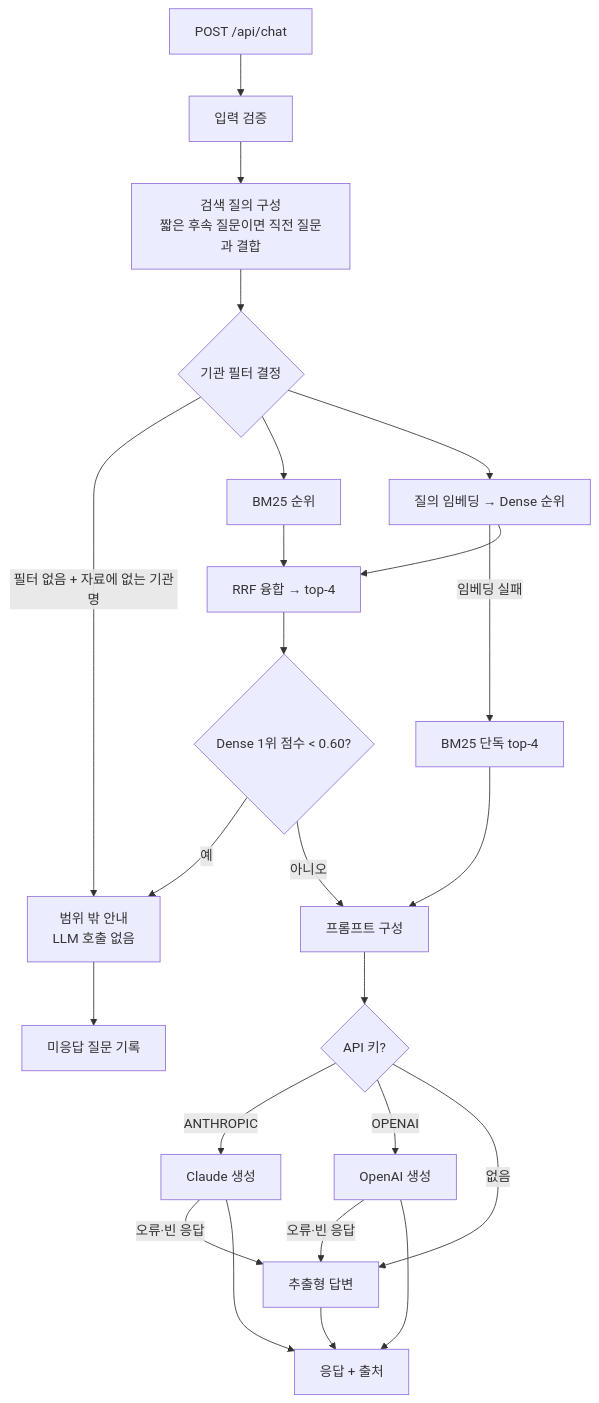
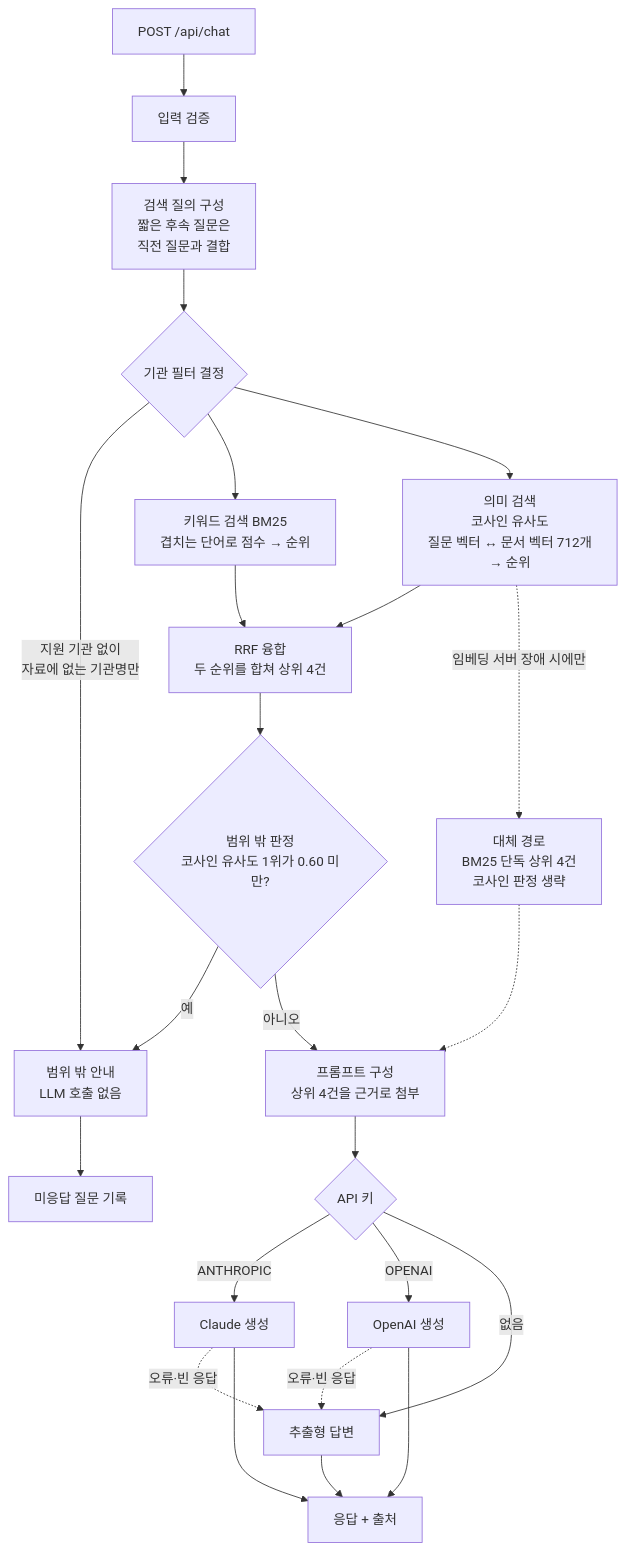
Before and after one commit to NACUFOK2/Airplane_dev: the second of 2 diagrams in docs/RAG_SPEC.md, drawn with Mermaid. The commit also changed other lines of this file, not shown here.

Commit message:
docs: 명세서 흐름도에서 의미 검색(코사인) 단계를 명확히 표시
- 'Dense' 표기를 '의미 검색 · 코사인 유사도'로 풀어 쓰고 범위 밖 판정도 코사인 기준임을 명시
- 평소 경로(실선)와 임베딩 장애 시 대체 경로(점선)를 분리해 BM25 만 쓰는 것처럼 보이던 문제 해결
- 3.4·3.5·3.7 절 제목에 검색 방식 이름 추가

````diff
--- a/docs/RAG_SPEC.md
+++ b/docs/RAG_SPEC.md
@@ -72,26 +72,26 @@
 ```mermaid
 flowchart TD
     A[POST /api/chat] --> B[입력 검증]
-    B --> C[검색 질의 구성<br/>짧은 후속 질문이면 직전 질문과 결합]
+    B --> C[검색 질의 구성<br/>짧은 후속 질문은<br/>직전 질문과 결합]
     C --> D{기관 필터 결정}
-    D -->|필터 없음 + 자료에 없는 기관명| X[범위 밖 안내<br/>LLM 호출 없음]
-    D --> E[BM25 순위]
-    D --> F[질의 임베딩 → Dense 순위]
-    F -->|임베딩 실패| G[BM25 단독 top-4]
-    E --> H[RRF 융합 → top-4]
-    F --> H
-    H --> I{Dense 1위 점수 < 0.60?}
-    I -->|예| X
-    I -->|아니오| J[프롬프트 구성]
-    G --> J
-    J --> K{API 키?}
+    D -->|지원 기관 없이<br/>자료에 없는 기관명만| X[범위 밖 안내<br/>LLM 호출 없음]
+    D --> KW[키워드 검색 BM25<br/>겹치는 단어로 점수 → 순위]
+    D --> SEM[의미 검색<br/>코사인 유사도<br/>질문 벡터 ↔ 문서 벡터 712개<br/>→ 순위]
+    KW --> F[RRF 융합<br/>두 순위를 합쳐 상위 4건]
+    SEM --> F
+    F --> T{범위 밖 판정<br/>코사인 유사도 1위가 0.60 미만?}
+    T -->|예| X
+    T -->|아니오| J[프롬프트 구성<br/>상위 4건을 근거로 첨부]
+    SEM -. 임베딩 서버 장애 시에만 .-> G[대체 경로<br/>BM25 단독 상위 4건<br/>코사인 판정 생략]
+    G -.-> J
+    J --> K{API 키}
     K -->|ANTHROPIC| L[Claude 생성]
     K -->|OPENAI| L2[OpenAI 생성]
     K -->|없음| M[추출형 답변]
-    L2 -->|오류·빈 응답| M
+    L -.->|오류·빈 응답| M
+    L2 -.->|오류·빈 응답| M
+    L --> R[응답 + 출처]
     L2 --> R
-    L -->|오류·빈 응답| M
-    L --> R[응답 + 출처]
     M --> R
     X --> Q[미응답 질문 기록]
 ```
````
